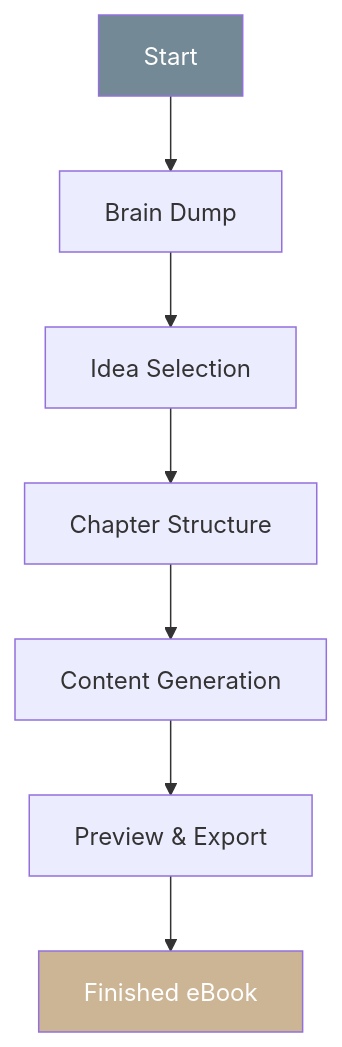
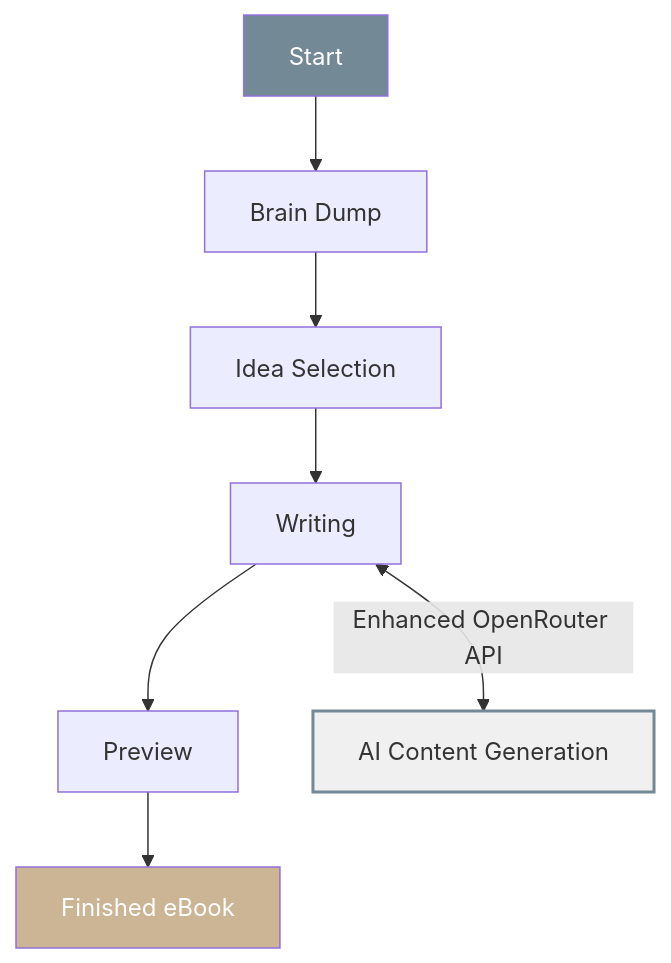
Before and after one commit to MatthewSabia1/Autopen: the diagram in docs/eBook_Creation.md, drawn with Mermaid. The commit also changed other lines of this file and 25 other files, not shown here.

````diff
--- a/docs/eBook_Creation.md
+++ b/docs/eBook_Creation.md
@@ -7,12 +7,14 @@
 ```mermaid
 graph TD
     A[Start] --> B[Brain Dump]
     B --> C[Idea Selection]
-    C --> D[Chapter Structure]
-    D --> E[Content Generation]
-    E --> F[Preview & Export]
-    F --> G[Finished eBook]
+    C --> D[Writing]
+    D --> E[Preview]
+    E --> F[Finished eBook]
+    
+    D <-->|Enhanced OpenRouter API| Z[AI Content Generation]
     
     style A fill:#738996,color:white
-    style G fill:#ccb595,color:white
+    style F fill:#ccb595,color:white
+    style Z fill:#f0f0f0,stroke:#738996,stroke-width:2px
 ```
````
